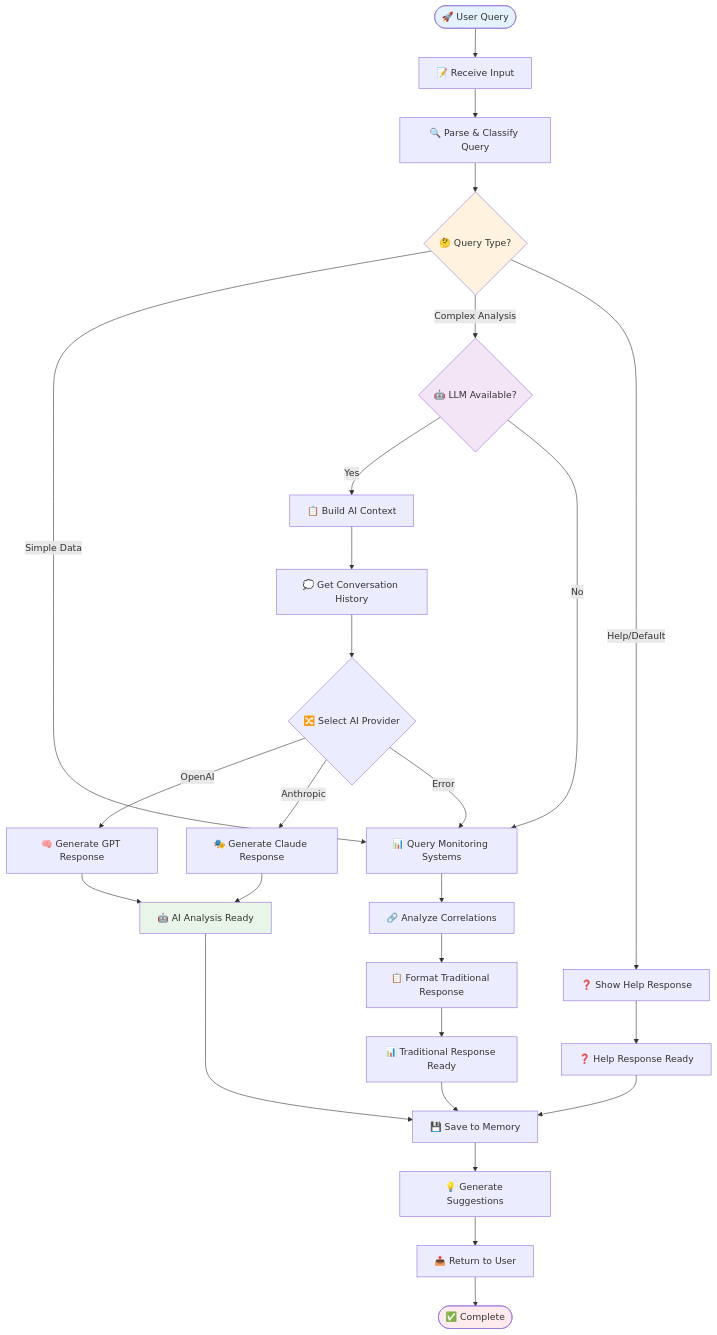
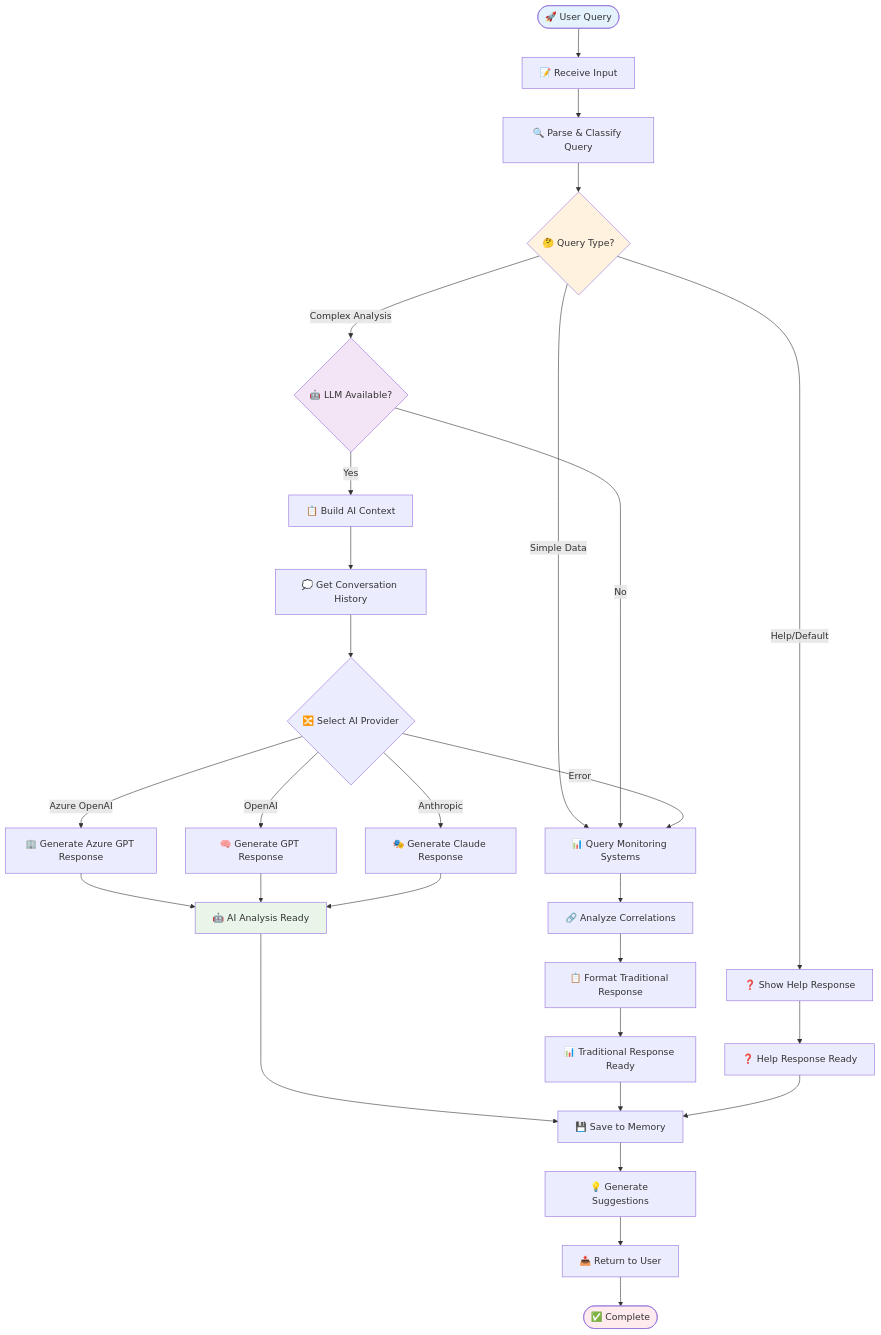
The first of 6 diagrams in docs/system-flowchart.md (WatkinsGreen/chatter), drawn with Mermaid before and after one commit. The commit also changed other lines of this file and 3 other files, not shown here.

First line of the commit message:
Update architecture diagrams to reflect Azure OpenAI integration

````diff
--- a/docs/system-flowchart.md
+++ b/docs/system-flowchart.md
@@ -5,43 +5,45 @@
 ```mermaid
 flowchart TD
     Start([🚀 User Query]) --> Input[📝 Receive Input]
     Input --> Parse[🔍 Parse & Classify Query]
     
     Parse --> Decision{🤔 Query Type?}
     
     Decision -->|Simple Data| Monitor[📊 Query Monitoring Systems]
     Decision -->|Complex Analysis| LLM_Check{🤖 LLM Available?}
     Decision -->|Help/Default| Help[❓ Show Help Response]
     
     Monitor --> Correlate[🔗 Analyze Correlations]
     Correlate --> Format[📋 Format Traditional Response]
     
     LLM_Check -->|Yes| Context[📋 Build AI Context]
     LLM_Check -->|No| Monitor
     
     Context --> Memory[💭 Get Conversation History]
     Memory --> Provider{🔀 Select AI Provider}
     
+    Provider -->|Azure OpenAI| AzureGPT[🏢 Generate Azure GPT Response]
     Provider -->|OpenAI| GPT[🧠 Generate GPT Response]
     Provider -->|Anthropic| Claude[🎭 Generate Claude Response]
     Provider -->|Error| Monitor
     
-    GPT --> AI_Response[🤖 AI Analysis Ready]
+    AzureGPT --> AI_Response[🤖 AI Analysis Ready]
+    GPT --> AI_Response
     Claude --> AI_Response
     Format --> Traditional_Response[📊 Traditional Response Ready]
     Help --> Help_Response[❓ Help Response Ready]
     
     AI_Response --> Save[💾 Save to Memory]
     Traditional_Response --> Save
     Help_Response --> Save
     
     Save --> Suggest[💡 Generate Suggestions]
     Suggest --> Return[📤 Return to User]
     Return --> End([✅ Complete])
     
     style Start fill:#e3f2fd
     style Decision fill:#fff3e0
     style LLM_Check fill:#f3e5f5
     style AI_Response fill:#e8f5e8
     style End fill:#ffebee
 ```
````
